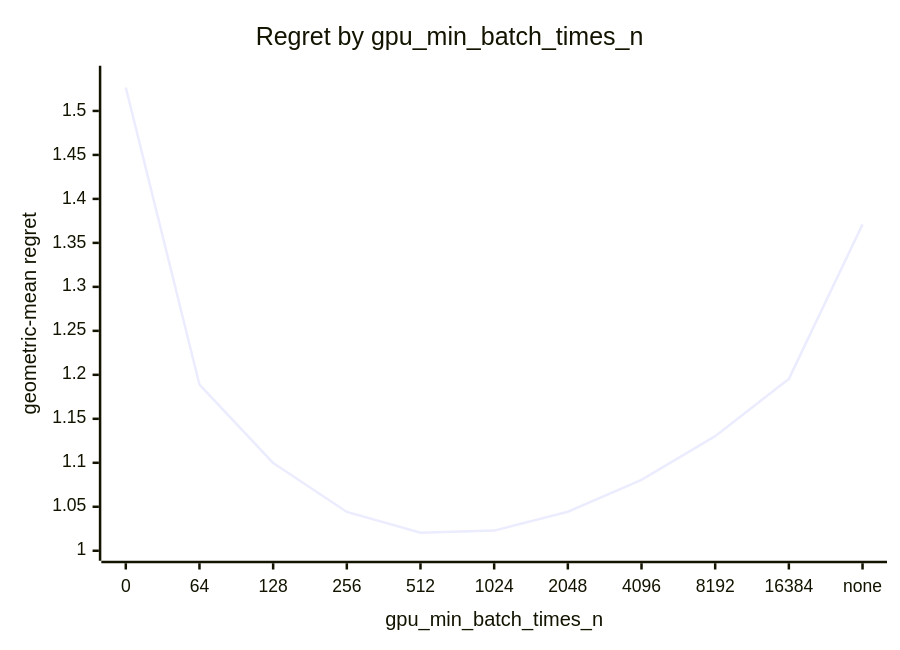
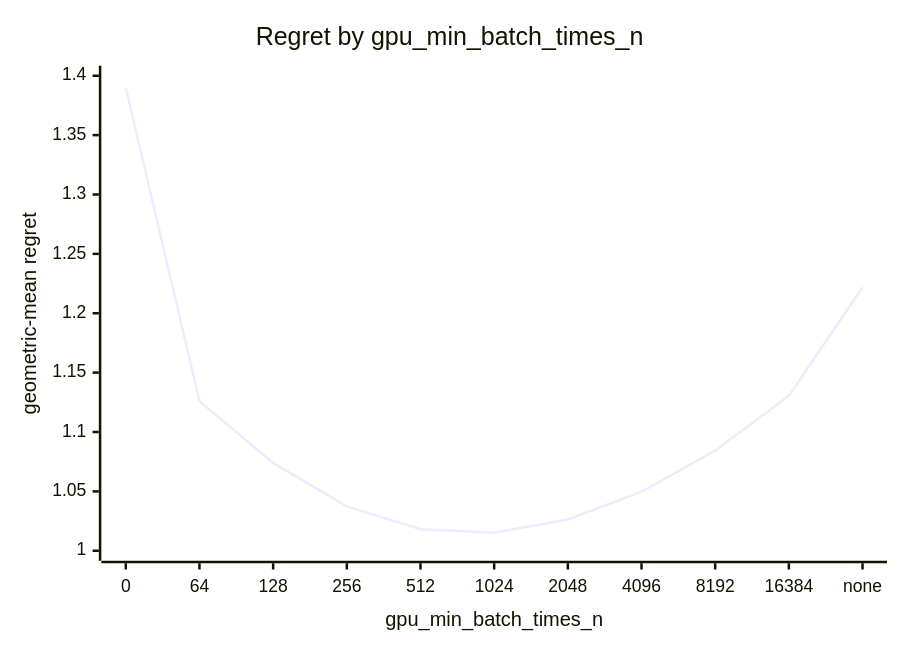
The third of 5 diagrams in docs/results/apple-m1-8gpu/combined/eigh/report.md (c0rmac/metal-linalg), drawn with Mermaid before and after one commit. The commit also changed other lines of this file and 82 other files, not shown here.

````diff
--- a/docs/results/apple-m1-8gpu/combined/eigh/report.md
+++ b/docs/results/apple-m1-8gpu/combined/eigh/report.md
@@ -132,7 +135,7 @@
 ```mermaid
 xychart-beta
     title "Regret by gpu_min_batch_times_n"
     x-axis "gpu_min_batch_times_n" [0, 64, 128, 256, 512, 1024, 2048, 4096, 8192, 16384, none]
-    y-axis "geometric-mean regret" 1.0 --> 1.54
-    line [1.5267, 1.1888, 1.0998, 1.0441, 1.0206, 1.0229, 1.0444, 1.0806, 1.1303, 1.1954, 1.3710]
+    y-axis "geometric-mean regret" 1.0 --> 1.40
+    line [1.3899, 1.1260, 1.0739, 1.0374, 1.0182, 1.0152, 1.0263, 1.0497, 1.0843, 1.1304, 1.2219]
 ```
````
